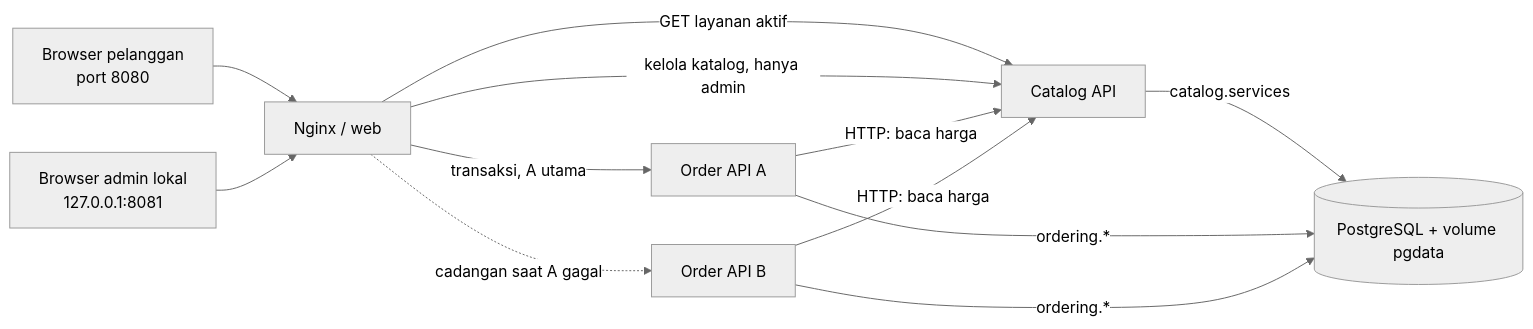
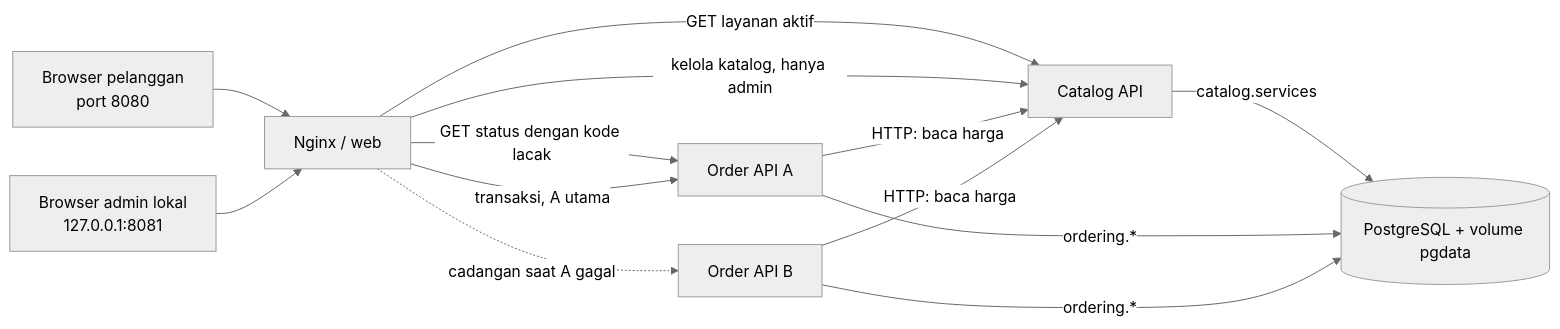
The diagram in README.md (Maddd327/SmartLaundry), drawn with Mermaid (neutral theme) before and after one commit. The commit also changed other lines of this file and 16 other files, not shown here.

````diff
--- a/README.md
+++ b/README.md
@@ -7,14 +7,15 @@
 ```mermaid
 flowchart LR
   P[Browser pelanggan<br/>port 8080] --> N[Nginx / web]
   A[Browser admin lokal<br/>127.0.0.1:8081] --> N
   N -->|GET layanan aktif| C[Catalog API]
+  N -->|GET status dengan kode lacak| OA
   N -->|kelola katalog, hanya admin| C
   N -->|transaksi, A utama| OA[Order API A]
   N -.->|cadangan saat A gagal| OB[Order API B]
   OA -->|HTTP: baca harga| C
   OB -->|HTTP: baca harga| C
   C -->|catalog.services| DB[(PostgreSQL + volume pgdata)]
   OA -->|ordering.*| DB
   OB -->|ordering.*| DB
 ```
````
